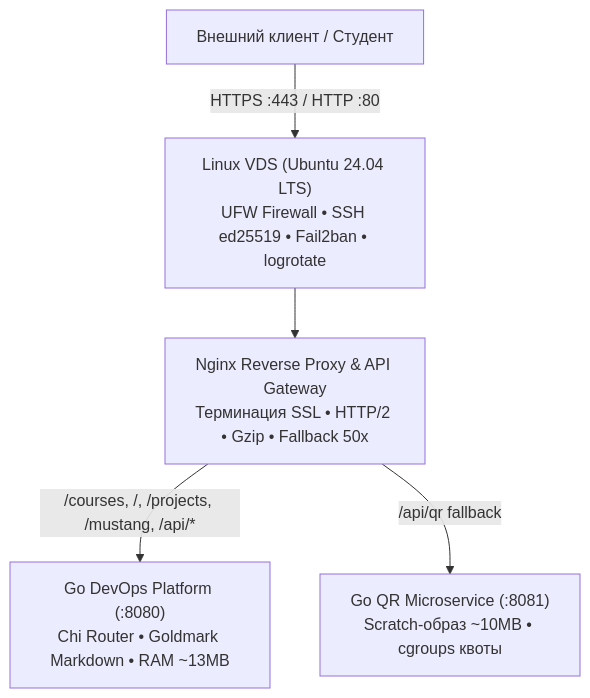
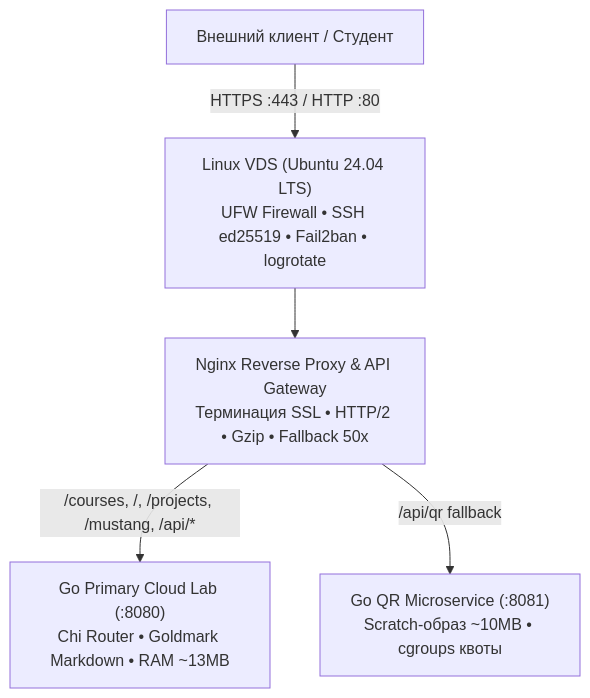
One commit to AndreyJVM/portfolio-service changed the first of 2 diagrams in README.md. Above: the diagram before and after it, drawn with Mermaid. The commit also changed other lines of this file and 3 other files, not shown here.

Commit message:
feat(branding): rename platform from DevOps Lab to Primary Cloud Lab

````diff
--- a/README.md
+++ b/README.md
@@ -38,7 +38,7 @@
 ```mermaid
 flowchart TD
     Client["Внешний клиент / Студент"] -->|HTTPS :443 / HTTP :80| Host["Linux VDS (Ubuntu 24.04 LTS)<br/>UFW Firewall • SSH ed25519 • Fail2ban • logrotate"]
     Host --> Nginx["Nginx Reverse Proxy & API Gateway<br/>Терминация SSL • HTTP/2 • Gzip • Fallback 50x"]
-    Nginx -->|/courses, /, /projects, /mustang, /api/*| GoApp["Go DevOps Platform (:8080)<br/>Chi Router • Goldmark Markdown • RAM ~13MB"]
+    Nginx -->|/courses, /, /projects, /mustang, /api/*| GoApp["Go Primary Cloud Lab (:8080)<br/>Chi Router • Goldmark Markdown • RAM ~13MB"]
     Nginx -->|/api/qr fallback| GoQR["Go QR Microservice (:8081)<br/>Scratch-образ ~10MB • cgroups квоты"]
 ```
````
